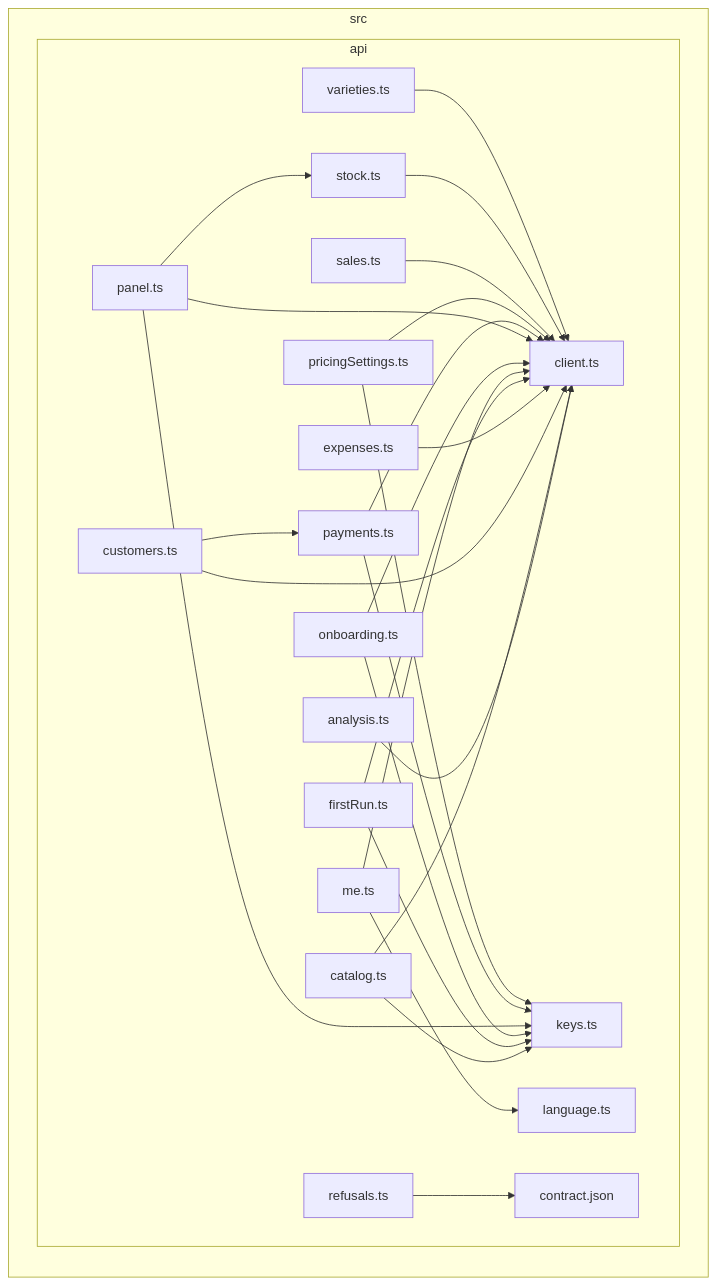
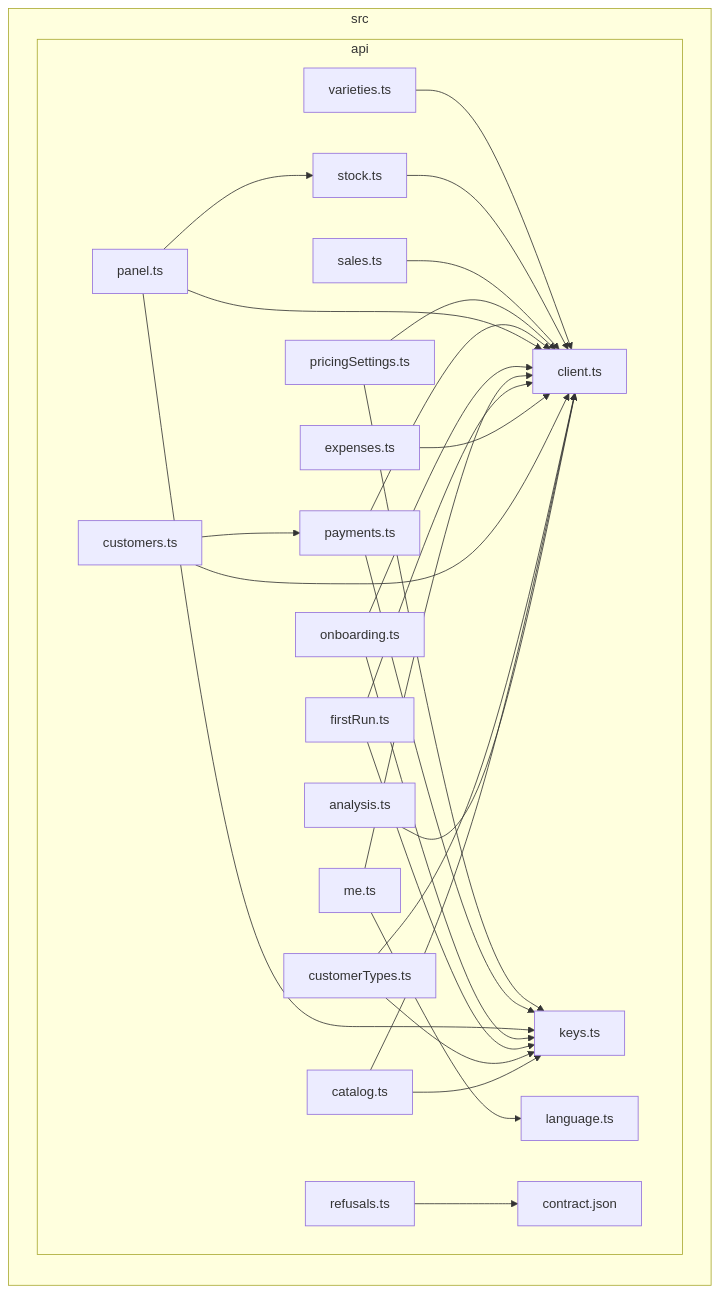
One commit to GonzaloZevallos/apostrophe changed the diagram in docs/architecture/generated/front-modules/api.md. Above: the diagram before and after it, drawn with Mermaid. The commit also changed 4 other files, not shown here.

Commit message:
Regenerate the front module docs for the customer types folder

````diff
--- a/docs/architecture/generated/front-modules/api.md
+++ b/docs/architecture/generated/front-modules/api.md
@@ -7,48 +7,51 @@
 ```mermaid
 flowchart LR
 subgraph src["src"]
   subgraph src_api["api"]
     src_api_analysis_ts["analysis.ts"]
     src_api_catalog_ts["catalog.ts"]
     src_api_client_ts["client.ts"]
     src_api_contract_json["contract.json"]
+    src_api_customerTypes_ts["customerTypes.ts"]
     src_api_customers_ts["customers.ts"]
     src_api_expenses_ts["expenses.ts"]
     src_api_firstRun_ts["firstRun.ts"]
     src_api_keys_ts["keys.ts"]
     src_api_language_ts["language.ts"]
     src_api_me_ts["me.ts"]
     src_api_onboarding_ts["onboarding.ts"]
     src_api_panel_ts["panel.ts"]
     src_api_payments_ts["payments.ts"]
     src_api_pricingSettings_ts["pricingSettings.ts"]
     src_api_refusals_ts["refusals.ts"]
     src_api_sales_ts["sales.ts"]
     src_api_stock_ts["stock.ts"]
     src_api_varieties_ts["varieties.ts"]
   end
 end
 src_api_analysis_ts-->src_api_client_ts
 src_api_catalog_ts-->src_api_client_ts
 src_api_catalog_ts-->src_api_keys_ts
+src_api_customerTypes_ts-->src_api_client_ts
+src_api_customerTypes_ts-->src_api_keys_ts
 src_api_customers_ts-->src_api_client_ts
 src_api_customers_ts-->src_api_payments_ts
 src_api_expenses_ts-->src_api_client_ts
 src_api_firstRun_ts-->src_api_client_ts
 src_api_firstRun_ts-->src_api_keys_ts
 src_api_me_ts-->src_api_client_ts
 src_api_me_ts-->src_api_language_ts
 src_api_onboarding_ts-->src_api_client_ts
 src_api_onboarding_ts-->src_api_keys_ts
 src_api_panel_ts-->src_api_client_ts
 src_api_panel_ts-->src_api_keys_ts
 src_api_panel_ts-->src_api_stock_ts
 src_api_payments_ts-->src_api_client_ts
 src_api_payments_ts-->src_api_keys_ts
 src_api_pricingSettings_ts-->src_api_client_ts
 src_api_pricingSettings_ts-->src_api_keys_ts
 src_api_refusals_ts-->src_api_contract_json
 src_api_sales_ts-->src_api_client_ts
 src_api_stock_ts-->src_api_client_ts
 src_api_varieties_ts-->src_api_client_ts
 ```
````
